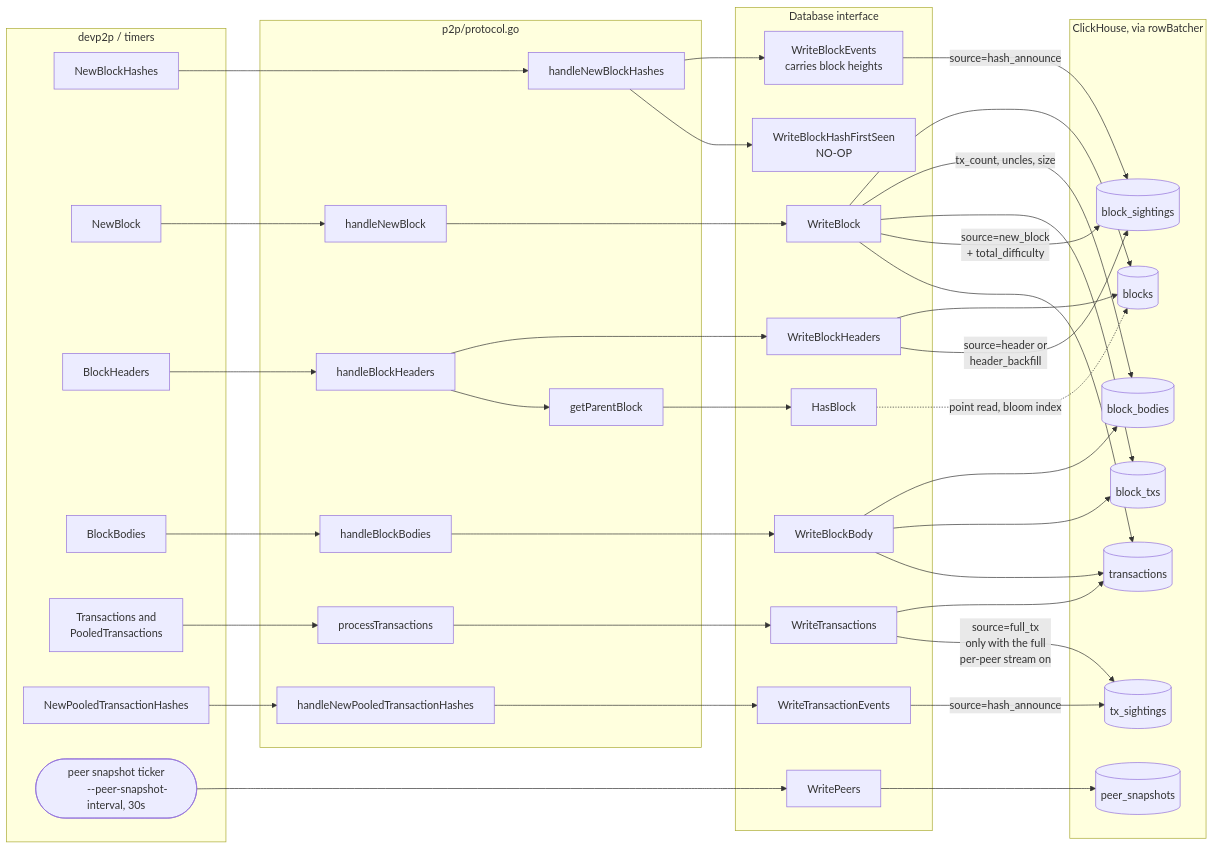
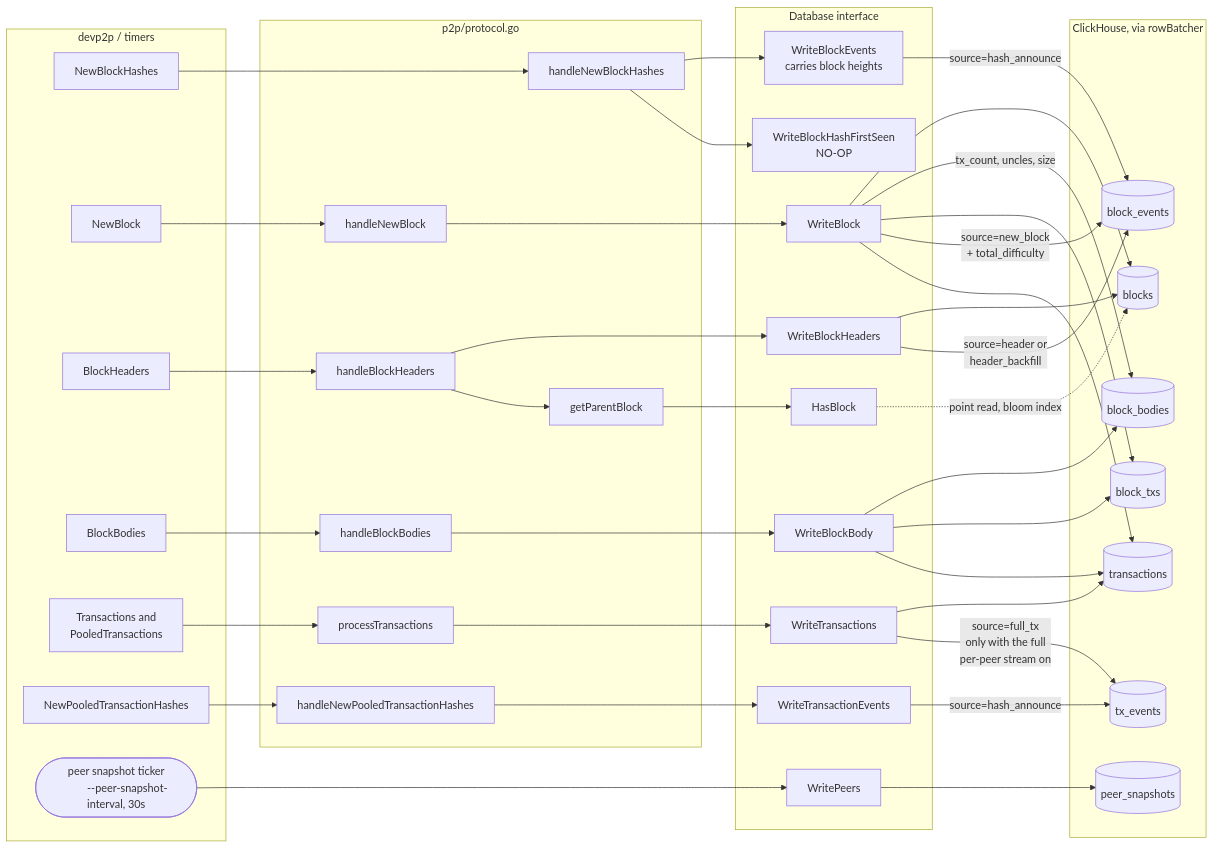
The diagram in cmd/p2p/sensor/write-paths-clickhouse.md (0xPolygon/polygon-cli), drawn with Mermaid before and after one commit. The commit also changed other lines of this file and 8 other files, not shown here.

```diff
--- a/cmd/p2p/sensor/write-paths-clickhouse.md
+++ b/cmd/p2p/sensor/write-paths-clickhouse.md
@@ -57,9 +57,9 @@
         T1[(blocks)]
         T2[(block_bodies)]
         T3[(block_txs)]
-        T4[(block_sightings)]
+        T4[(block_events)]
         T5[(transactions)]
-        T6[(tx_sightings)]
+        T6[(tx_events)]
         T7[(peer_snapshots)]
     end
 
```
